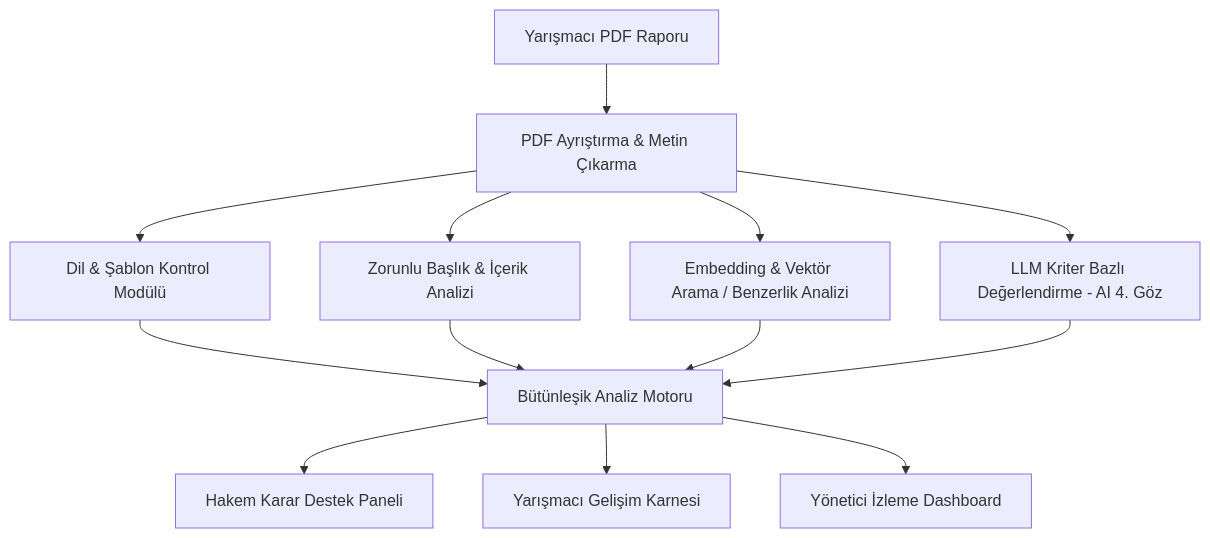
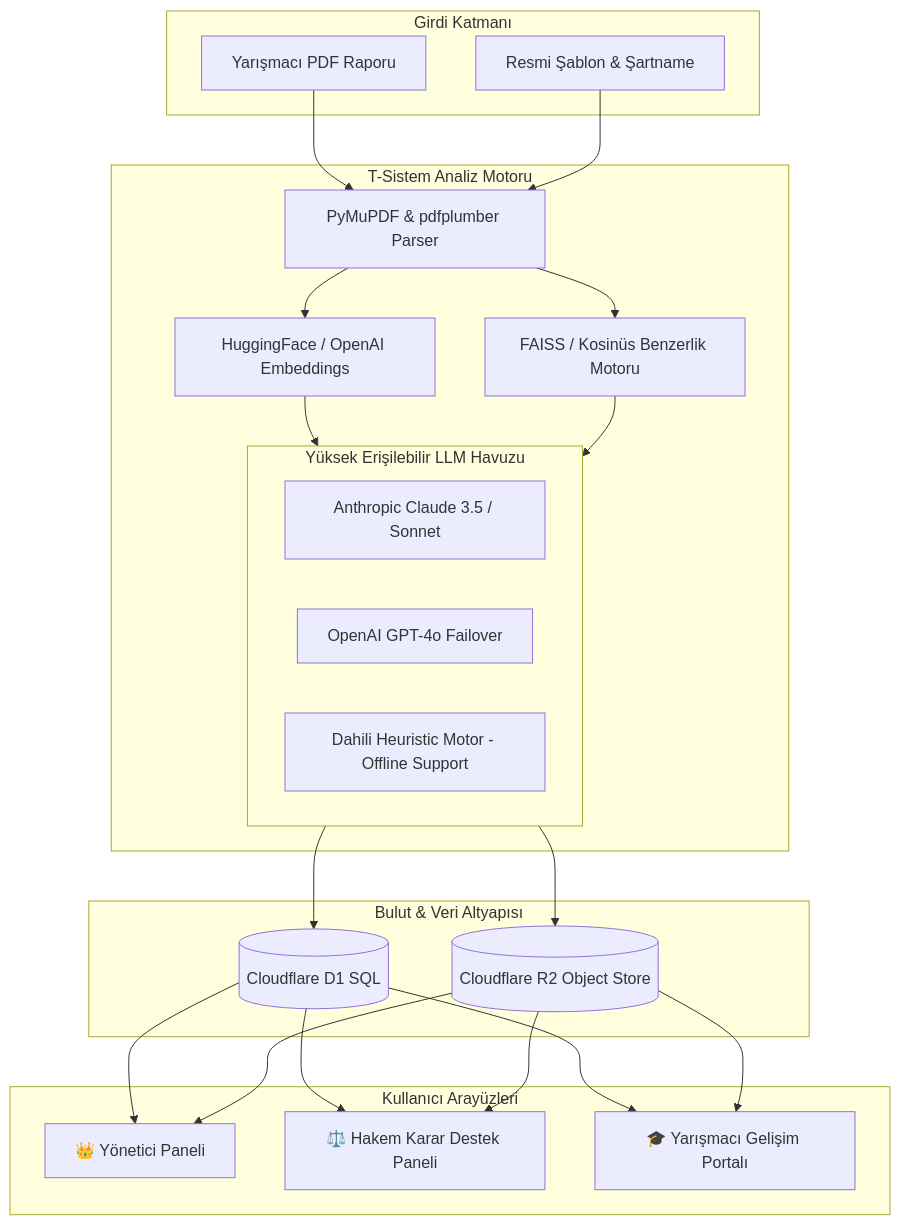
Before and after one commit to mehmetcelikcmyk/T-Sistem: the diagram in README.md, drawn with Mermaid. The commit also changed other lines of this file, not shown here.

Commit message:
docs: update README.md with professional badges, architecture diagrams, and v4 features

````diff
--- a/README.md
+++ b/README.md
@@ -38,17 +67,37 @@
 ```mermaid
 flowchart TD
-    A[Yarışmacı PDF Raporu] --> B[PDF Ayrıştırma & Metin Çıkarma]
-    B --> C1[Dil & Şablon Kontrol Modülü]
-    B --> C2[Zorunlu Başlık & İçerik Analizi]
-    B --> C3[Embedding & Vektör Arama / Benzerlik Analizi]
-    B --> C4[LLM Kriter Bazlı Değerlendirme - AI 4. Göz]
-    
-    C1 --> D[Bütünleşik Analiz Motoru]
-    C2 --> D
-    C3 --> D
-    C4 --> D
-    
-    D --> E[Hakem Karar Destek Paneli]
-    D --> F[Yarışmacı Gelişim Karnesi]
-    D --> G[Yönetici İzleme Dashboard]
+    subgraph INPUT [Girdi Katmanı]
+        PDF[Yarışmacı PDF Raporu]
+        TEMPLATE[Resmi Şablon & Şartname]
+    end
+
+    subgraph ENGINE [T-Sistem Analiz Motoru]
+        PARSER[PyMuPDF & pdfplumber Parser]
+        EMBED[HuggingFace / OpenAI Embeddings]
+        VECTOR[FAISS / Kosinüs Benzerlik Motoru]
+        
+        subgraph LLM_POOL [Yüksek Erişilebilir LLM Havuzu]
+            CLAUDE[Anthropic Claude 3.5 / Sonnet]
+            GPT[OpenAI GPT-4o Failover]
+            HEURISTIC[Dahili Heuristic Motor - Offline Support]
+        end
+    end
+
+    subgraph STORAGE [Bulut & Veri Altyapısı]
+        D1[(Cloudflare D1 SQL)]
+        R2[(Cloudflare R2 Object Store)]
+    end
+
+    subgraph DASHBOARDS [Kullanıcı Arayüzleri]
+        ADMIN[👑 Yönetici Paneli]
+        REFEREE[⚖️ Hakem Karar Destek Paneli]
+        PARTICIPANT[🎓 Yarışmacı Gelişim Portalı]
+    end
+
+    PDF --> PARSER
+    TEMPLATE --> PARSER
+    PARSER --> EMBED & VECTOR
+    EMBED & VECTOR --> LLM_POOL
+    LLM_POOL --> D1 & R2
+    D1 & R2 --> ADMIN & REFEREE & PARTICIPANT
 ```
````
